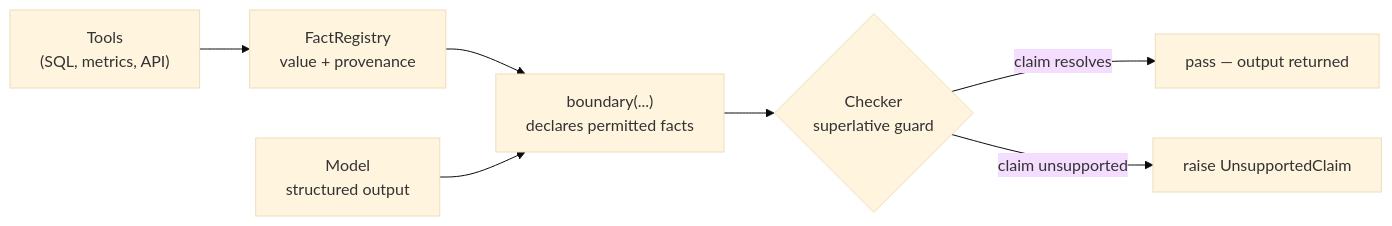
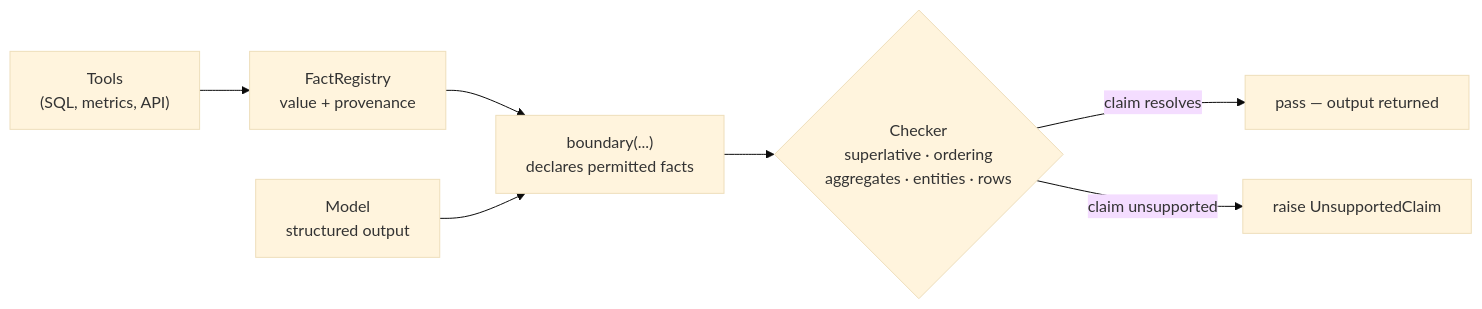
One commit to ong6/groundplane changed the diagram in README.md. Above: the diagram before and after it, drawn with Mermaid (base theme). The commit also changed other lines of this file, not shown here.

````diff
--- a/README.md
+++ b/README.md
@@ -24,9 +38,9 @@
 ```mermaid
 flowchart LR
     T["Tools<br/>(SQL, metrics, API)"] --> R["FactRegistry<br/>value + provenance"]
     R --> B["boundary(...)<br/>declares permitted facts"]
     M["Model<br/>structured output"] --> B
-    B --> C{"Checker<br/>superlative guard"}
+    B --> C{"Checker<br/>superlative · ordering<br/>aggregates · entities · rows"}
     C -->|claim resolves| P["pass — output returned"]
     C -->|claim unsupported| X["raise UnsupportedClaim"]
 ```
````
